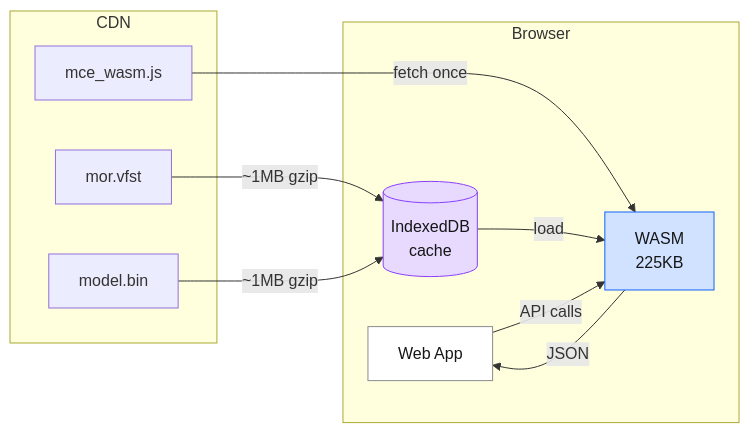
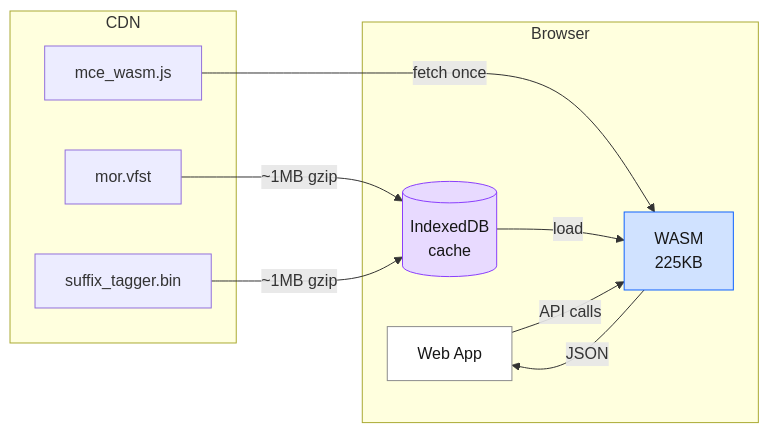
One commit to yongsk0066/mce changed the third of 3 diagrams in ARCHITECTURE.md. Above: the diagram before and after it, drawn with Mermaid. The commit also changed 5 other files, not shown here.

````diff
--- a/ARCHITECTURE.md
+++ b/ARCHITECTURE.md
@@ -138,25 +138,25 @@
 ```mermaid
 flowchart LR
   subgraph Browser
     app["Web App"]
     idb[("IndexedDB<br/>cache")]
     wasm["WASM<br/>225KB"]
   end
 
   subgraph CDN
     cdn_w["mce_wasm.js"]
     cdn_d["mor.vfst"]
-    cdn_m["model.bin"]
+    cdn_m["suffix_tagger.bin"]
   end
 
   cdn_w -->|"fetch once"| wasm
   cdn_d -->|"~1MB gzip"| idb
   cdn_m -->|"~1MB gzip"| idb
   idb -->|"load"| wasm
   app -->|"API calls"| wasm
   wasm -->|"JSON"| app
 
   style app fill:#ffffff,color:#161616,stroke:#8d8d8d
   style wasm fill:#d0e2ff,color:#161616,stroke:#0f62fe
   style idb fill:#e8daff,color:#161616,stroke:#8a3ffc
 ```
````
